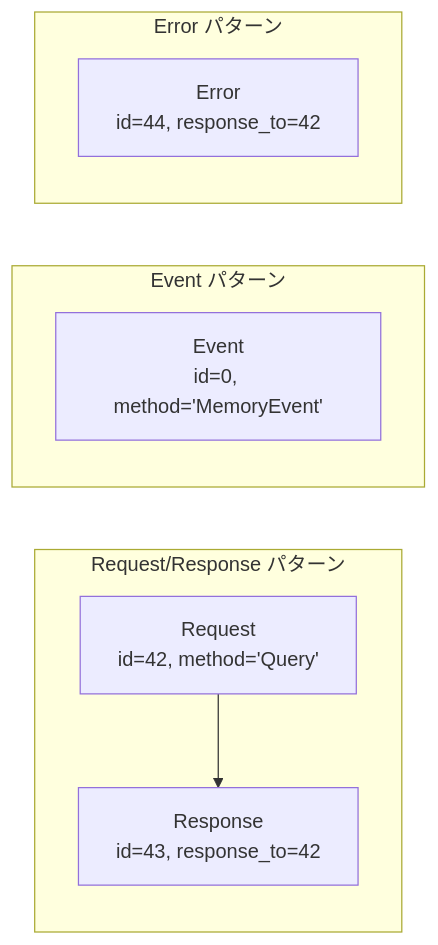
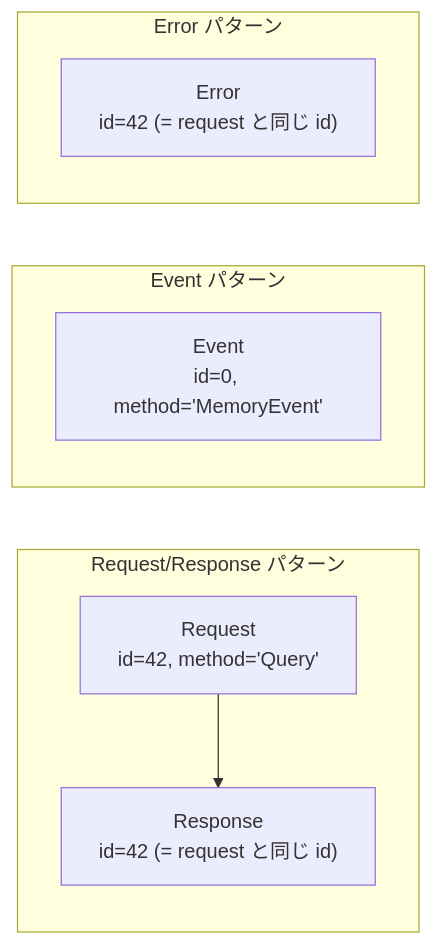
Before and after one commit to chronista-club/club-unison: the second of 6 diagrams in spec/02-unified-channel/SPEC.md, drawn with Mermaid. The commit also changed other lines of this file and 118 other files, not shown here.

````diff
--- a/spec/02-unified-channel/SPEC.md
+++ b/spec/02-unified-channel/SPEC.md
@@ -77,14 +110,14 @@
 ```mermaid
 graph LR
     subgraph "Request/Response パターン"
-        REQ["Request<br/>id=42, method='Query'"] --> RES["Response<br/>id=43, response_to=42"]
+        REQ["Request<br/>id=42, method='Query'"] --> RES["Response<br/>id=42 (= request と同じ id)"]
     end
 
     subgraph "Event パターン"
         EVT["Event<br/>id=0, method='MemoryEvent'"]
     end
 
     subgraph "Error パターン"
-        ERR["Error<br/>id=44, response_to=42"]
+        ERR["Error<br/>id=42 (= request と同じ id)"]
     end
 ```
````
